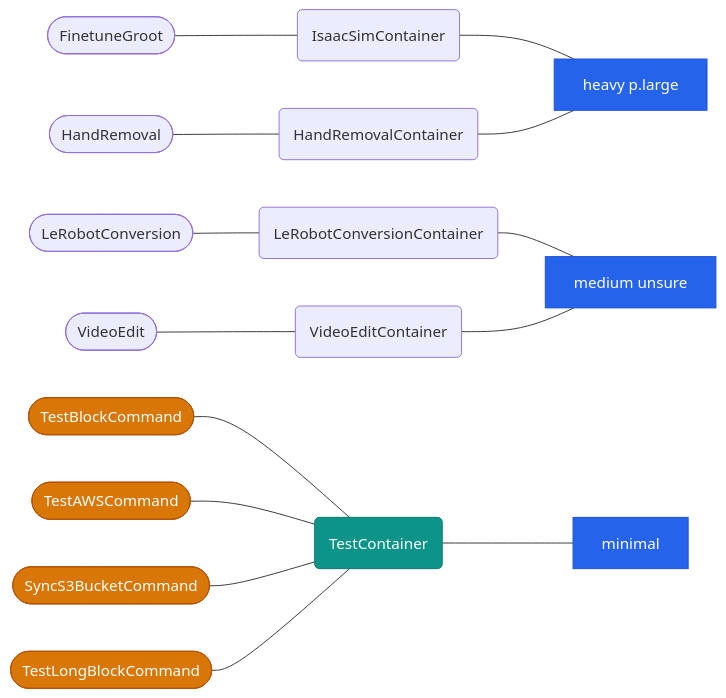
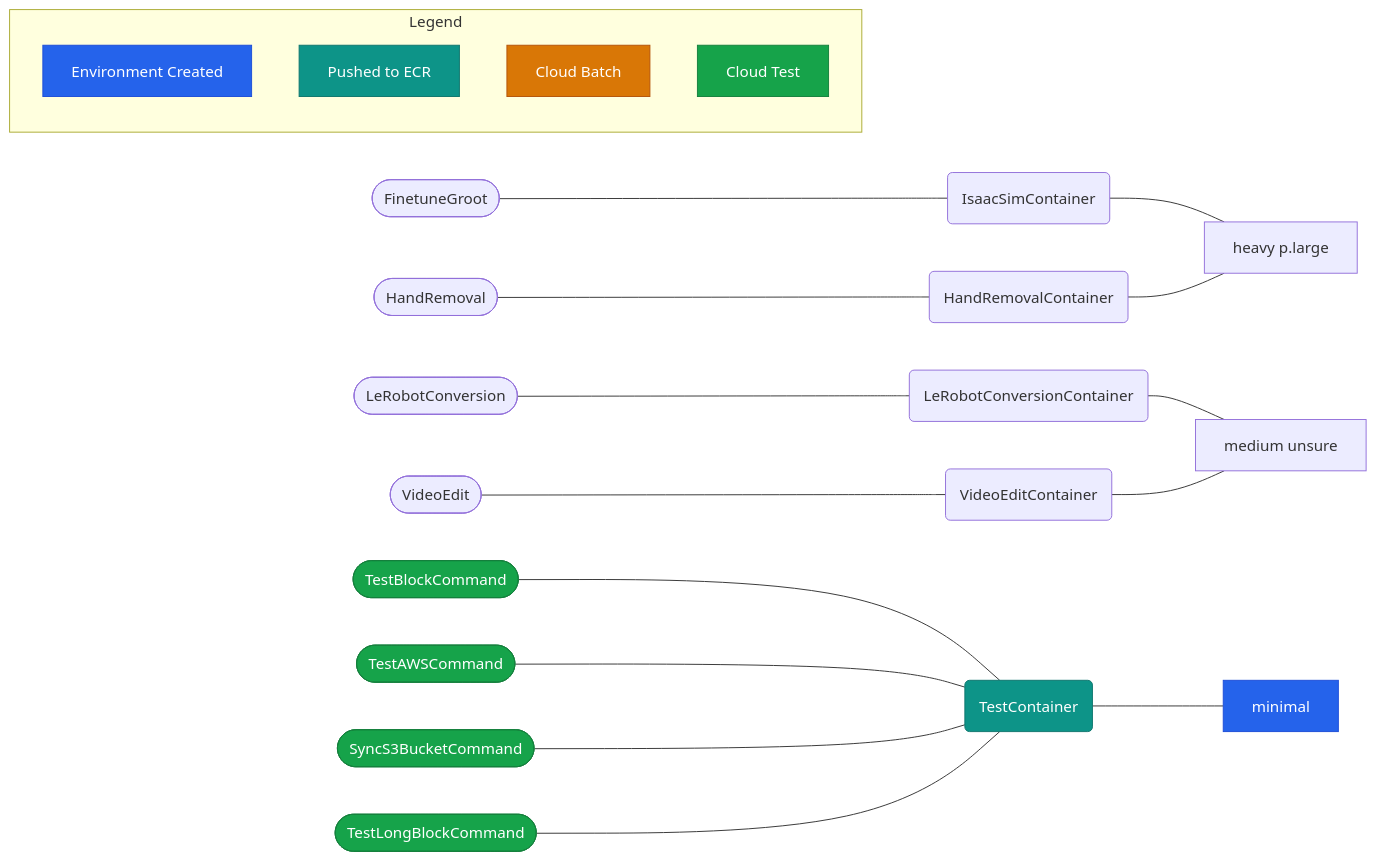
The diagram in README.md (ogoudey/WorkflowContainers), drawn with Mermaid before and after one commit.

Commit message:
Enhance README with diagram legend and class updates
Added a legend and updated class definitions for environments in the diagram.

````diff
--- a/README.md
+++ b/README.md
@@ -2,27 +2,38 @@
 ```mermaid
 graph LR
     A([FinetuneGroot]) --- B(IsaacSimContainer)--- C[heavy p.large]
     D([HandRemoval]) --- E(HandRemovalContainer) --- C
     F([LeRobotConversion]) --- G(LeRobotConversionContainer) --- H[medium unsure]
     I([VideoEdit]) --- J(VideoEditContainer) --- H
     X([TestBlockCommand]) --- Y(TestContainer) --- Z[minimal]
     X1([TestAWSCommand]) --- Y
     X2([SyncS3BucketCommand]) --- Y
     X3([TestLongBlockCommand]) --- Y
 
+    %% Legend
+    subgraph Legend
+        L1[Environment Created]
+        L2[Pushed to ECR]
+        L3[Cloud Batch]
+        L4[Cloud Test]
+    end
+
 %% Define Color Schemes for Statuses
 classDef environmentCreated fill:#2563eb,stroke:#1d4ed8,color:#fff
 classDef pushedToECR fill:#0d9488,stroke:#0f766e,color:#fff
 classDef cloudBatch fill:#d97706,stroke:#b45309,color:#fff
 classDef cloudTest fill:#16a34a,stroke:#15803d,color:#fff
 
-class C environmentCreated
-class H environmentCreated
 class Z environmentCreated
 class Y pushedToECR
 
-class X cloudBatch
-class X1 cloudBatch
-class X2 cloudBatch
-class X3 cloudBatch
+class X cloudTest
+class X1 cloudTest
+class X2 cloudTest
+class X3 cloudTest
+
+class L1 environmentCreated
+class L2 pushedToECR
+class L3 cloudBatch
+class L4 cloudTest
 ```
````
